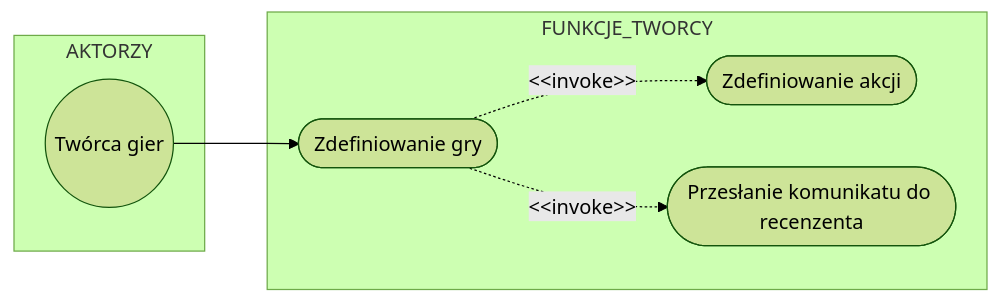
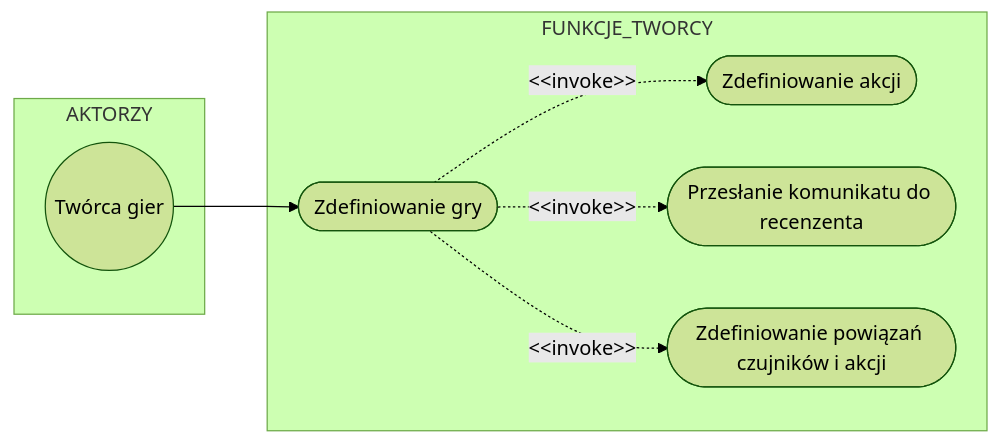
One commit to cojarobietu9/project_iwo changed diagram 12 of 12 in README.md. Above: the diagram before and after it, drawn with Mermaid (forest theme). The commit also changed other lines of this file, not shown here.

Commit message:
pu zdefiniowanie powiązań czujników i akcji

````diff
--- a/README.md
+++ b/README.md
@@ -1512,20 +1524,22 @@
 ```mermaid
 flowchart LR
 
 %% ===== AKTORZY =====
 subgraph AKTORZY
 TG((Twórca gier))
 end
 
 %% ===== FUNKCJE TWORCY =====
 subgraph FUNKCJE_TWORCY
 GDF([Zdefiniowanie gry])
 ADF([Zdefiniowanie akcji])
 SCR([Przesłanie komunikatu do recenzenta])
+SEDF([Zdefiniowanie powiązań czujników i akcji])
 end
 
 %% ===== RELACJE =====
 TG --> GDF
 GDF -. "&lt;&lt;invoke&gt;&gt;" .-> ADF
 GDF -. "&lt;&lt;invoke&gt;&gt;" .-> SCR
+GDF -. <&ltinvoke>> .-> SEDF
 ```
````
